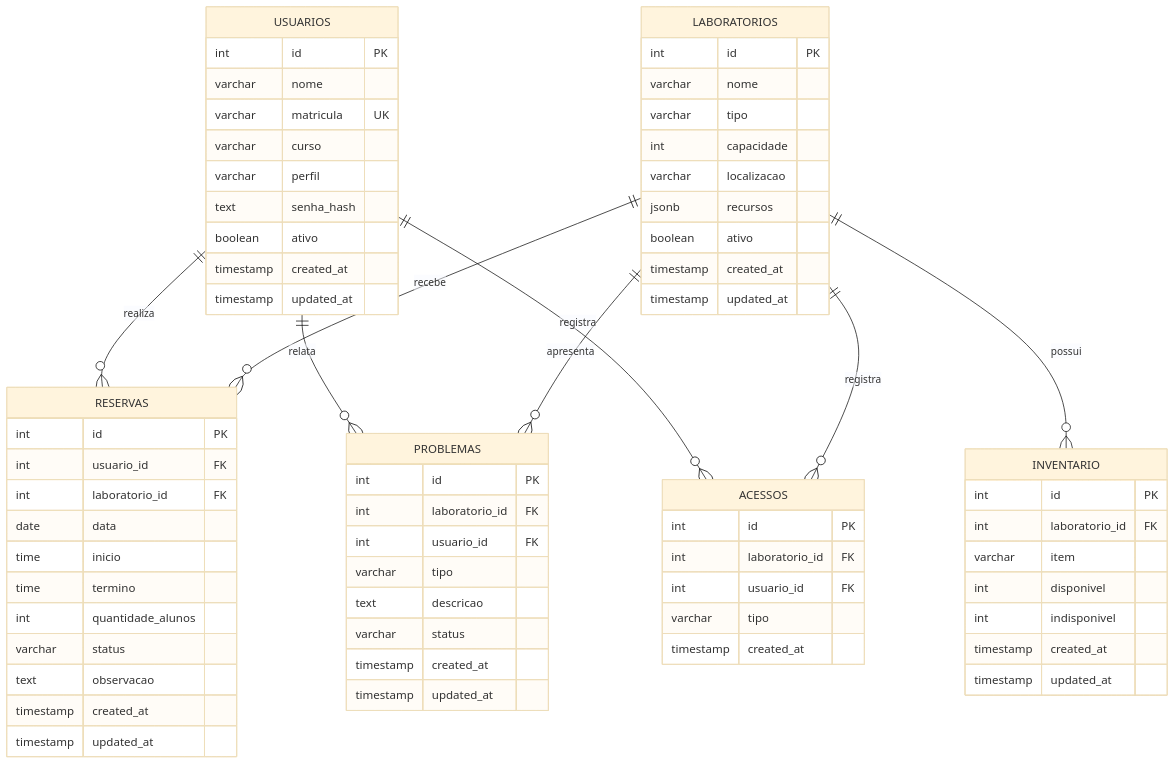
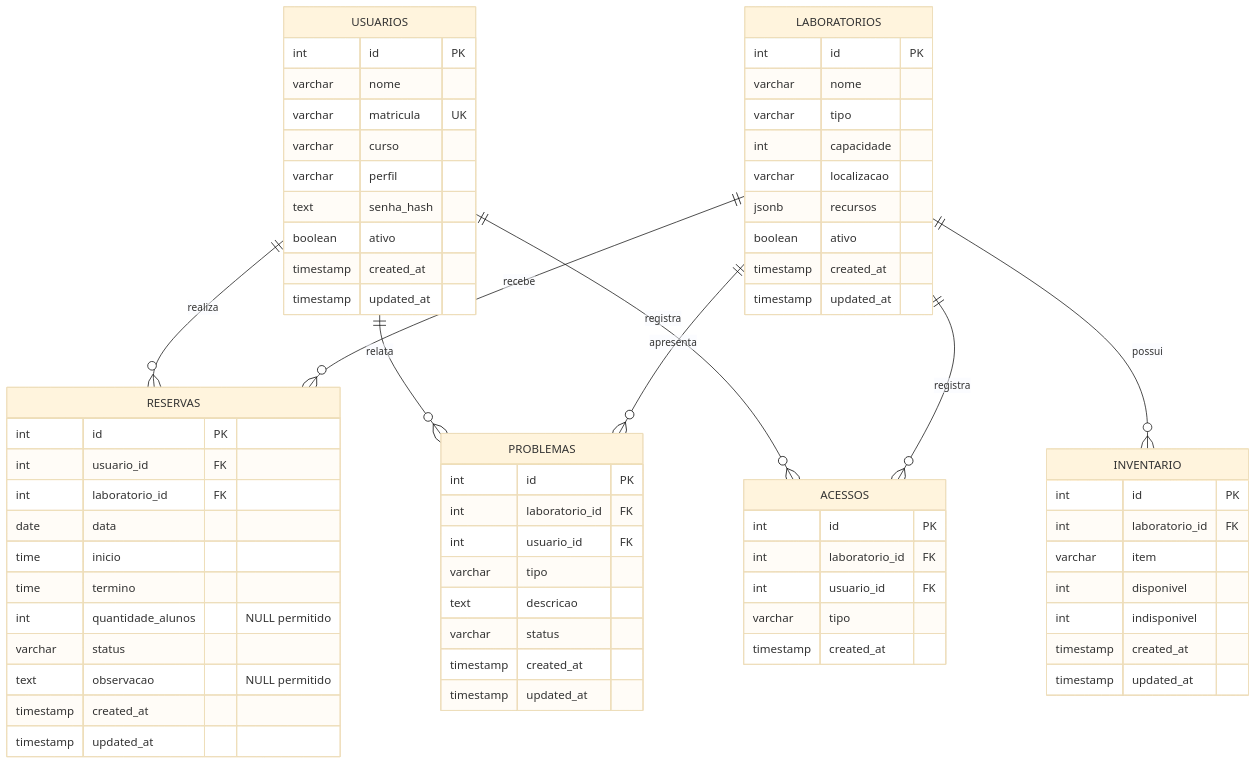
Before and after one commit to haykamaria-txt/api_web: the diagram in docs/MER.md, drawn with Mermaid (base theme). The commit also changed other lines of this file and 1 other file, not shown here.

Commit message:
docs: atualiza diagramas Mermaid do README

````diff
--- a/docs/MER.md
+++ b/docs/MER.md
@@ -5,72 +5,72 @@
 ```mermaid
 erDiagram
     USUARIOS ||--o{ RESERVAS : realiza
     LABORATORIOS ||--o{ RESERVAS : recebe
     USUARIOS ||--o{ PROBLEMAS : relata
     LABORATORIOS ||--o{ PROBLEMAS : apresenta
     LABORATORIOS ||--o{ INVENTARIO : possui
     USUARIOS ||--o{ ACESSOS : registra
     LABORATORIOS ||--o{ ACESSOS : registra
 
     USUARIOS {
         int id PK
         varchar nome
         varchar matricula UK
         varchar curso
         varchar perfil
         text senha_hash
         boolean ativo
         timestamp created_at
         timestamp updated_at
     }
     LABORATORIOS {
         int id PK
         varchar nome
         varchar tipo
         int capacidade
         varchar localizacao
         jsonb recursos
         boolean ativo
         timestamp created_at
         timestamp updated_at
     }
     RESERVAS {
         int id PK
         int usuario_id FK
         int laboratorio_id FK
         date data
         time inicio
         time termino
-        int quantidade_alunos
+        int quantidade_alunos "NULL permitido"
         varchar status
-        text observacao
+        text observacao "NULL permitido"
         timestamp created_at
         timestamp updated_at
     }
     PROBLEMAS {
         int id PK
         int laboratorio_id FK
         int usuario_id FK
         varchar tipo
         text descricao
         varchar status
         timestamp created_at
         timestamp updated_at
     }
     INVENTARIO {
         int id PK
         int laboratorio_id FK
         varchar item
         int disponivel
         int indisponivel
         timestamp created_at
         timestamp updated_at
     }
     ACESSOS {
         int id PK
         int laboratorio_id FK
         int usuario_id FK
         varchar tipo
         timestamp created_at
     }
 ```
````
